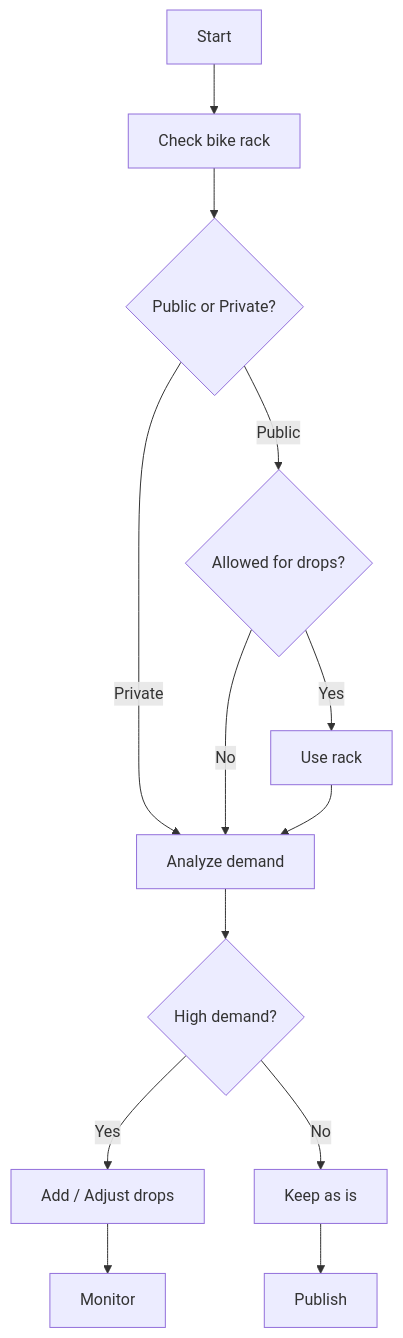
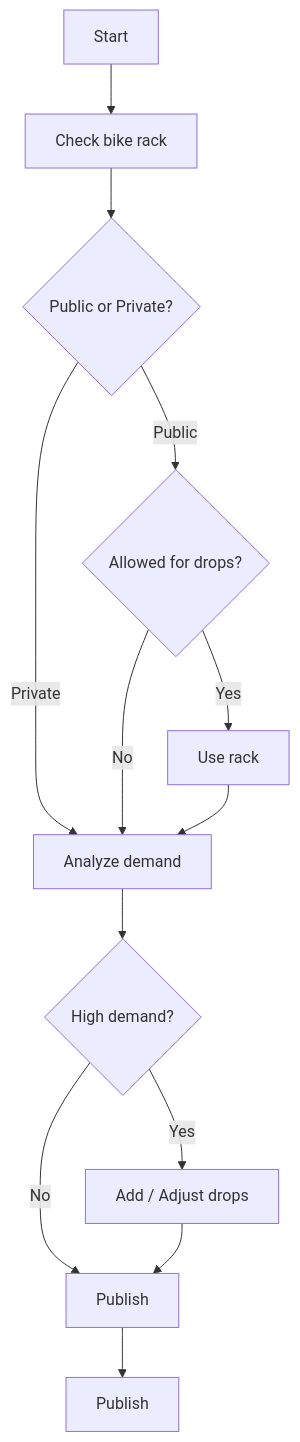
Before and after one commit to isthvoi-arch/Node-Coverage: the diagram in Bike Racks.md, drawn with Mermaid.

Commit message:
Update Bike Racks.md

````diff
--- a/Bike Racks.md
+++ b/Bike Racks.md
@@ -1,15 +1,15 @@
 ```mermaid
 flowchart TD
     A[Start] --> B[Check bike rack]
     B --> C{Public or Private?}
     C -->|Public| D{Allowed for drops?}
     C -->|Private| E[Analyze demand]
     D -->|Yes| F[Use rack]
     D -->|No| E
     F --> E
     E --> G{High demand?}
     G -->|Yes| H[Add / Adjust drops]
     G -->|No| I[Keep as is]
-    H --> J[Monitor]
+    H --> I[Publish]
     I --> Publish
 ```
````
